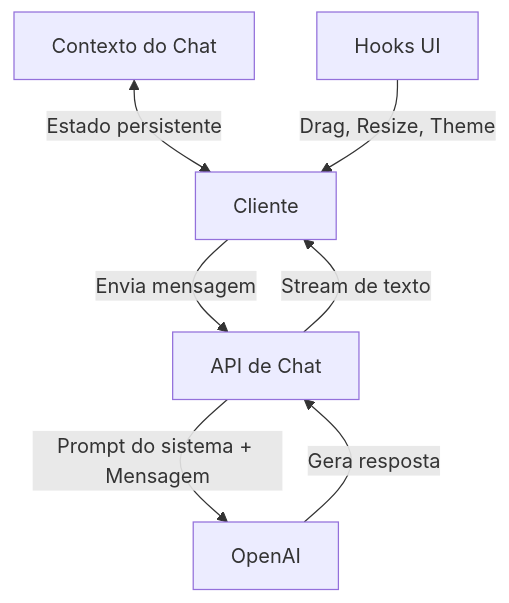
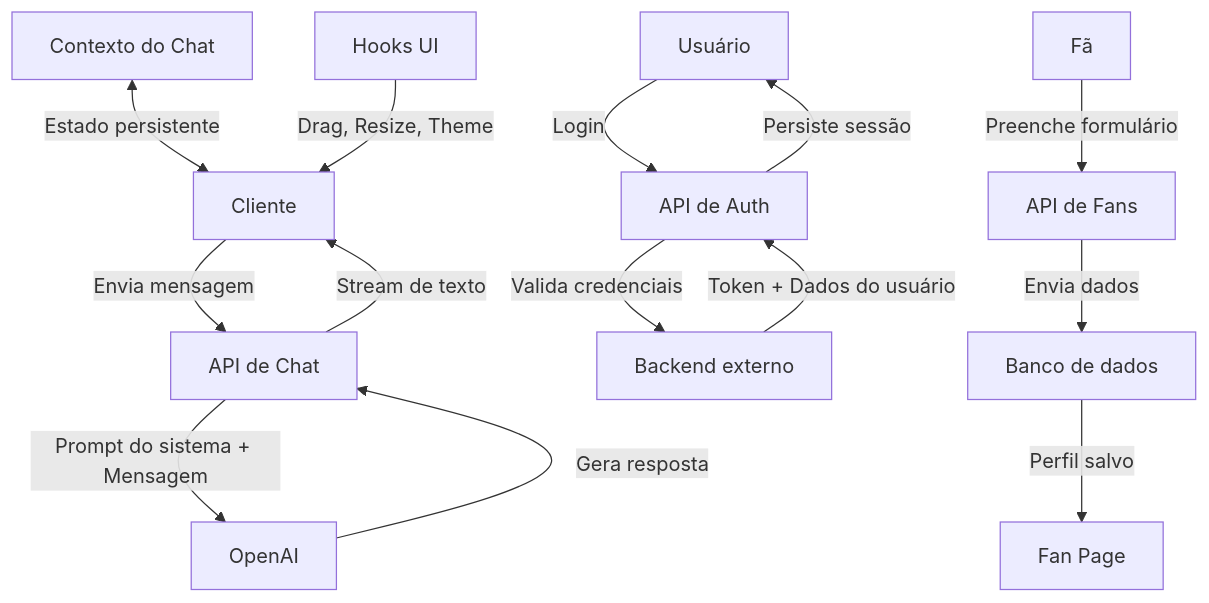
One commit to Danielmadr/know-your-fan changed the diagram in frontend/README.md. Above: the diagram before and after it, drawn with Mermaid. The commit also changed other lines of this file and 4 other files, not shown here.

Commit message:
refactor: enhance README with detailed features and improve type definitions in dashboard processing; update authentication and fan page components for clarity and structure

````diff
--- a/frontend/README.md
+++ b/frontend/README.md
@@ -63,9 +87,16 @@
 ```mermaid
 graph TD
     A[Cliente] -->|Envia mensagem| B[API de Chat]
     B -->|Prompt do sistema + Mensagem| C[OpenAI]
     C -->|Gera resposta| B
     B -->|Stream de texto| A
     D[Contexto do Chat] <-->|Estado persistente| A
     E[Hooks UI] -->|Drag, Resize, Theme| A
+    F[Usuário] -->|Login| G[API de Auth]
+    G -->|Valida credenciais| H[Backend externo]
+    H -->|Token + Dados do usuário| G
+    G -->|Persiste sessão| F
+    I[Fã] -->|Preenche formulário| J[API de Fans]
+    J -->|Envia dados| K[Banco de dados]
+    K -->|Perfil salvo| L[Fan Page]
 ```
````
